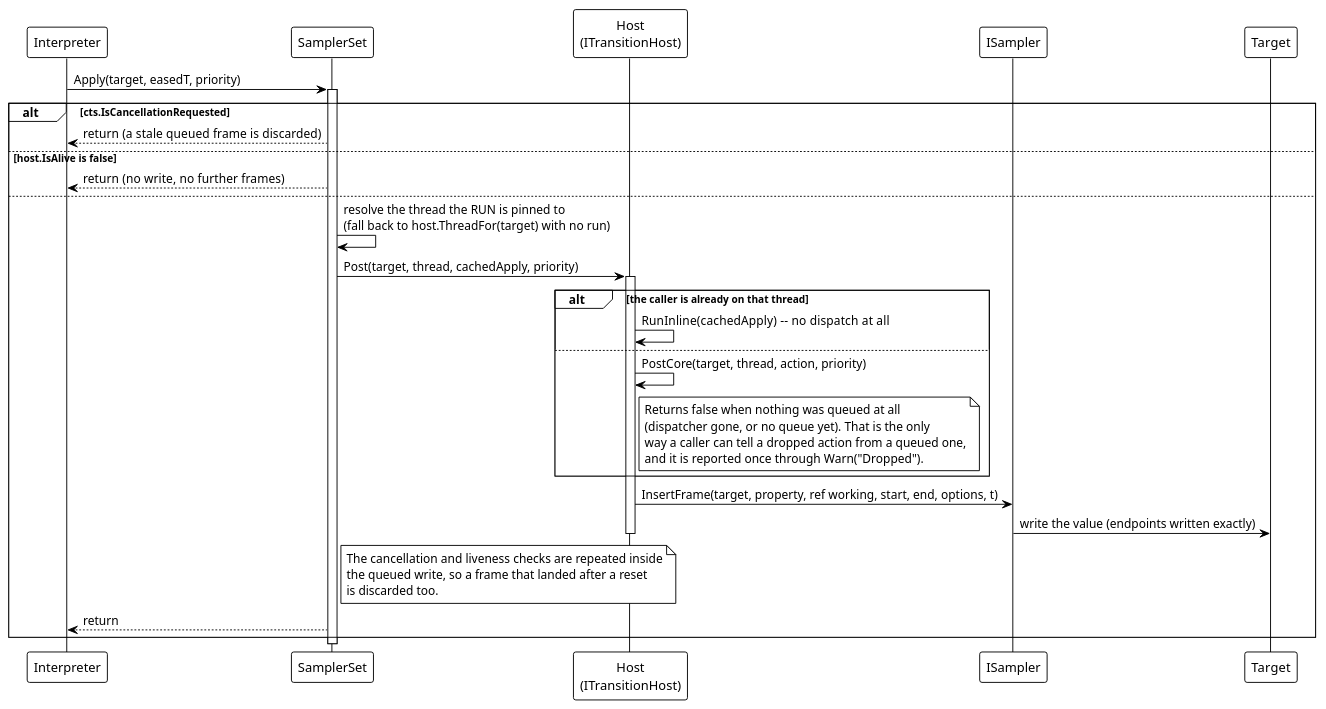
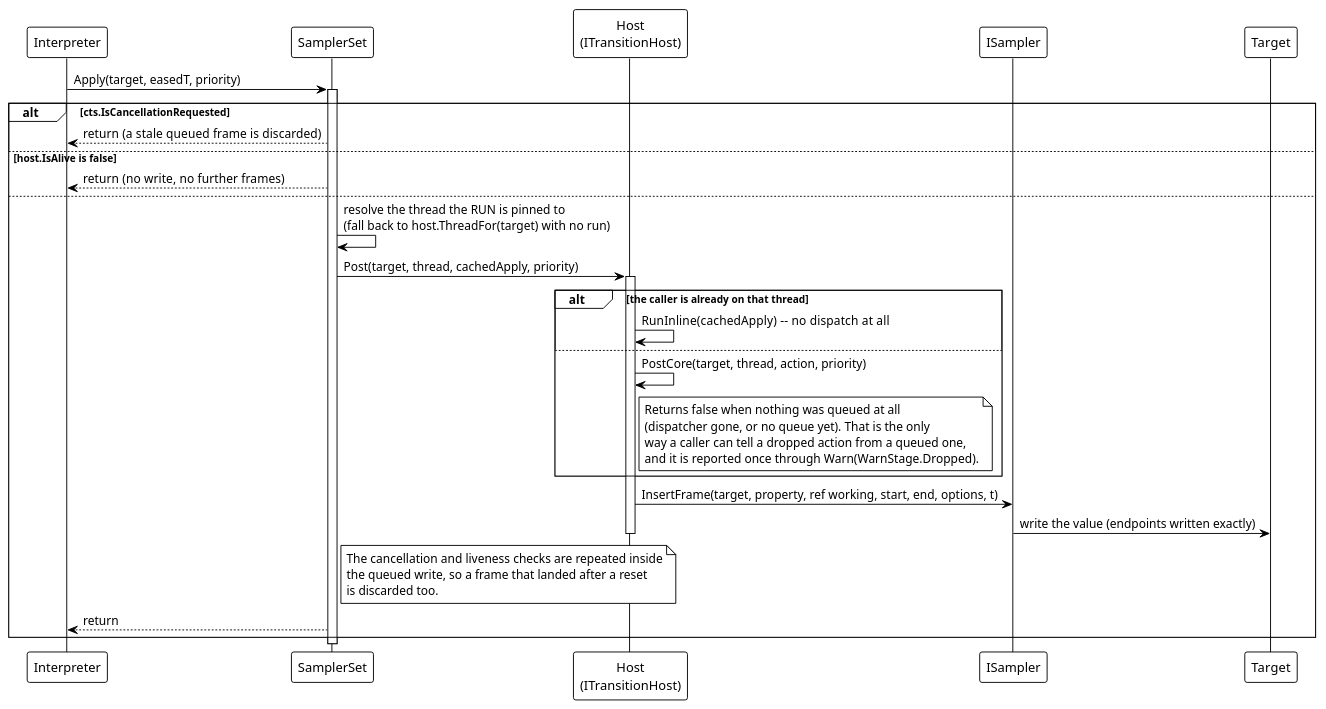
The third of 3 diagrams in src/CloudGlyph/Assets/Docs/content/en/3_SE_Analysis/03_data-flow/03_transition/01_pacing-and-marshal/index.md (Axvser/VeloxDev.Docs), drawn with PlantUML before and after one commit. The commit also changed other lines of this file and 78 other files, not shown here.

````diff
--- a/src/CloudGlyph/Assets/Docs/content/en/3_SE_Analysis/03_data-flow/03_transition/01_pacing-and-marshal/index.md
+++ b/src/CloudGlyph/Assets/Docs/content/en/3_SE_Analysis/03_data-flow/03_transition/01_pacing-and-marshal/index.md
@@ -131,44 +131,44 @@
 ```plantuml
 @startuml
 !theme plain
 
 participant "Interpreter" as TI
 participant "SamplerSet" as SET
 participant "Host\n(ITransitionHost)" as H
 participant "ISampler" as SM
 participant "Target" as TGT
 
 TI -> SET: Apply(target, easedT, priority)
 activate SET
 alt cts.IsCancellationRequested
     SET --> TI: return  (a stale queued frame is discarded)
 else host.IsAlive is false
     SET --> TI: return  (no write, no further frames)
 else
     SET -> SET: resolve the thread the RUN is pinned to\n(fall back to host.ThreadFor(target) with no run)
     SET -> H: Post(target, thread, cachedApply, priority)
     activate H
     alt the caller is already on that thread
         H -> H: RunInline(cachedApply)   -- no dispatch at all
     else
         H -> H: PostCore(target, thread, action, priority)
         note right of H
           Returns false when nothing was queued at all
           (dispatcher gone, or no queue yet). That is the only
           way a caller can tell a dropped action from a queued one,
-          and it is reported once through Warn("Dropped").
+          and it is reported once through Warn(WarnStage.Dropped).
         end note
     end
     H -> SM: InsertFrame(target, property, ref working, start, end, options, t)
     SM -> TGT: write the value (endpoints written exactly)
     deactivate H
     note right of SET
       The cancellation and liveness checks are repeated inside
       the queued write, so a frame that landed after a reset
       is discarded too.
     end note
     SET --> TI: return
 end
 deactivate SET
 @enduml
 ```
````
